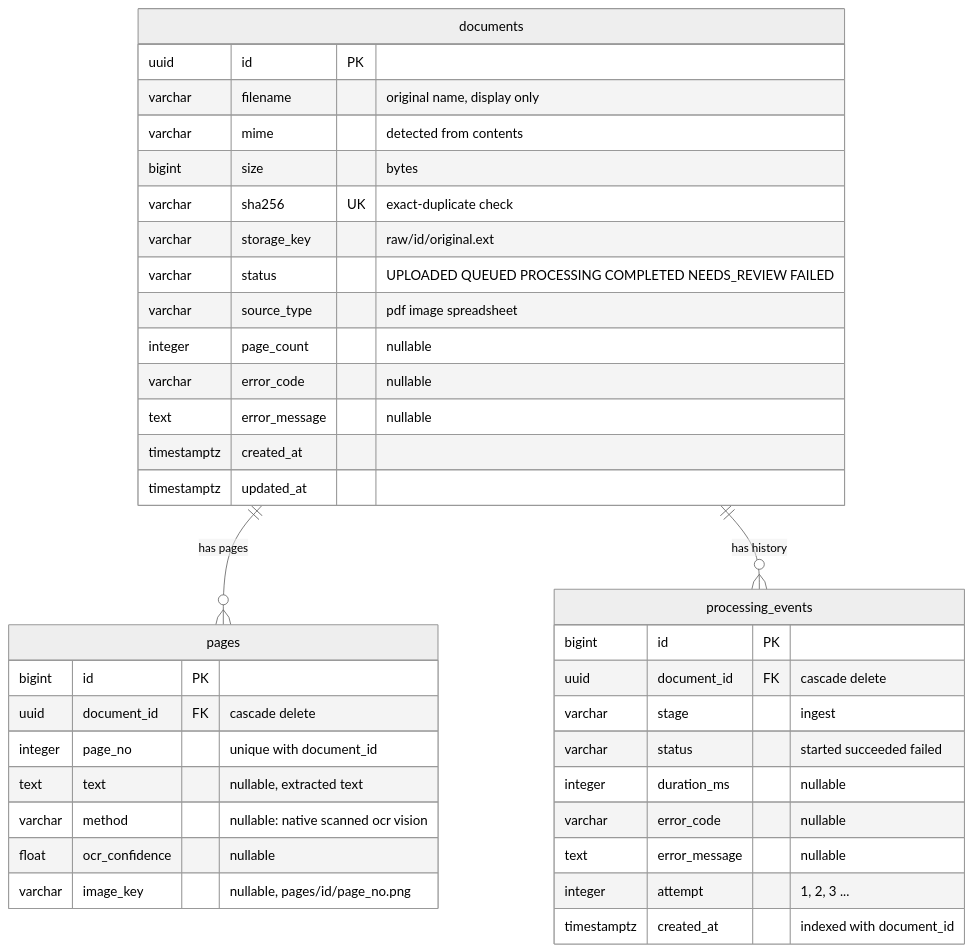
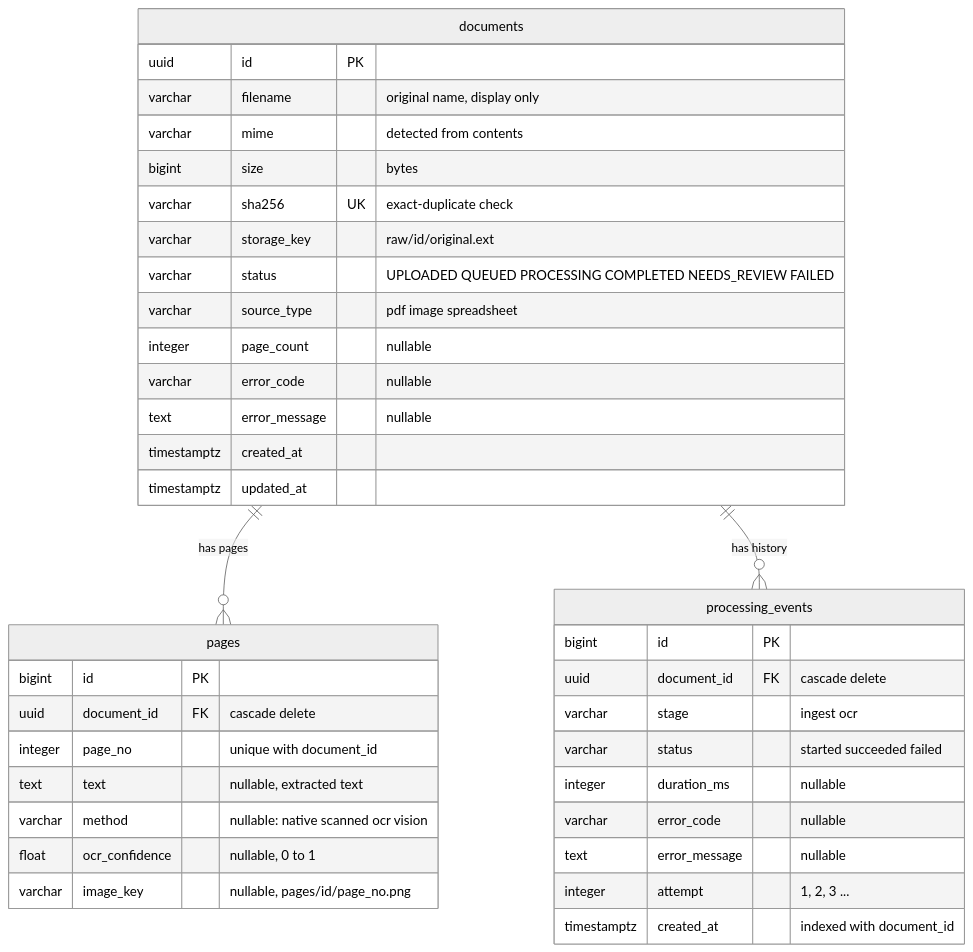
One commit to MdAshiqurRahmanZayed/ai-document-intelligence changed the second of 3 diagrams in docs/database-schema.md. Above: the diagram before and after it, drawn with Mermaid (neutral theme). The commit also changed other lines of this file and 1 other file, not shown here.

First line of the commit message:
docs(api): document OCR stage, error codes and page fields

````diff
--- a/docs/database-schema.md
+++ b/docs/database-schema.md
@@ -27,43 +27,43 @@
 ```mermaid
 erDiagram
     documents ||--o{ pages : "has pages"
     documents ||--o{ processing_events : "has history"
 
     documents {
         uuid id PK
         varchar filename "original name, display only"
         varchar mime "detected from contents"
         bigint size "bytes"
         varchar sha256 UK "exact-duplicate check"
         varchar storage_key "raw/id/original.ext"
         varchar status "UPLOADED QUEUED PROCESSING COMPLETED NEEDS_REVIEW FAILED"
         varchar source_type "pdf image spreadsheet"
         integer page_count "nullable"
         varchar error_code "nullable"
         text error_message "nullable"
         timestamptz created_at
         timestamptz updated_at
     }
 
     pages {
         bigint id PK
         uuid document_id FK "cascade delete"
         integer page_no "unique with document_id"
         text text "nullable, extracted text"
         varchar method "nullable: native scanned ocr vision"
-        float ocr_confidence "nullable"
+        float ocr_confidence "nullable, 0 to 1"
         varchar image_key "nullable, pages/id/page_no.png"
     }
 
     processing_events {
         bigint id PK
         uuid document_id FK "cascade delete"
-        varchar stage "ingest"
+        varchar stage "ingest ocr"
         varchar status "started succeeded failed"
         integer duration_ms "nullable"
         varchar error_code "nullable"
         text error_message "nullable"
         integer attempt "1, 2, 3 ..."
         timestamptz created_at "indexed with document_id"
     }
 ```
````
